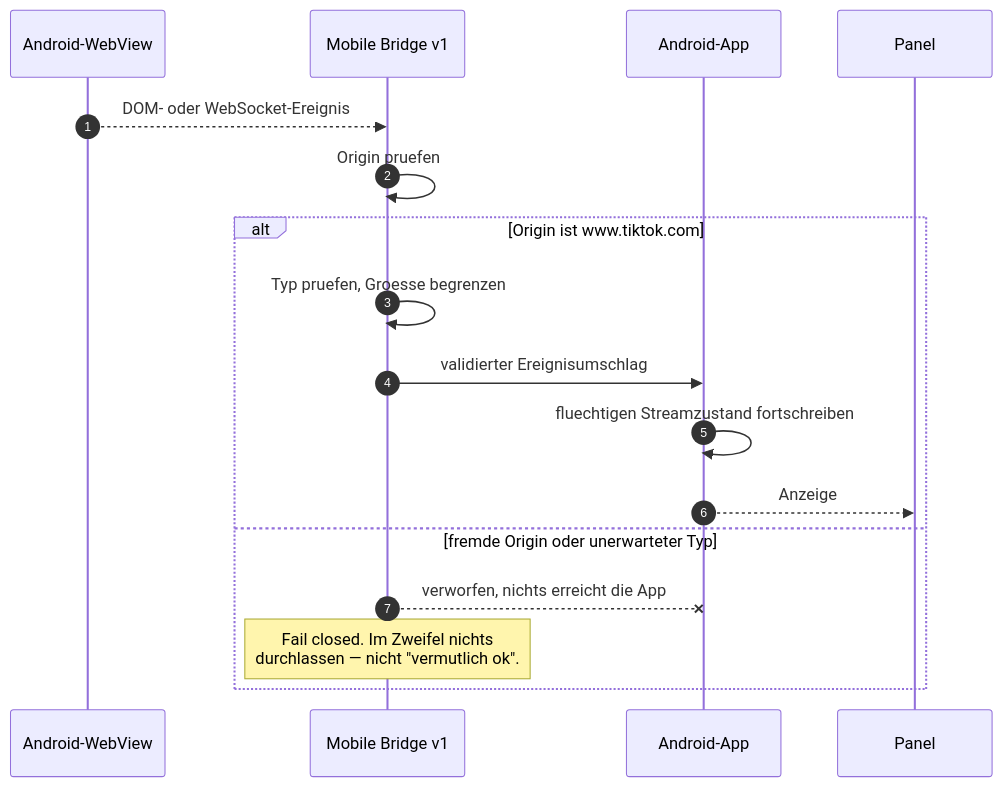
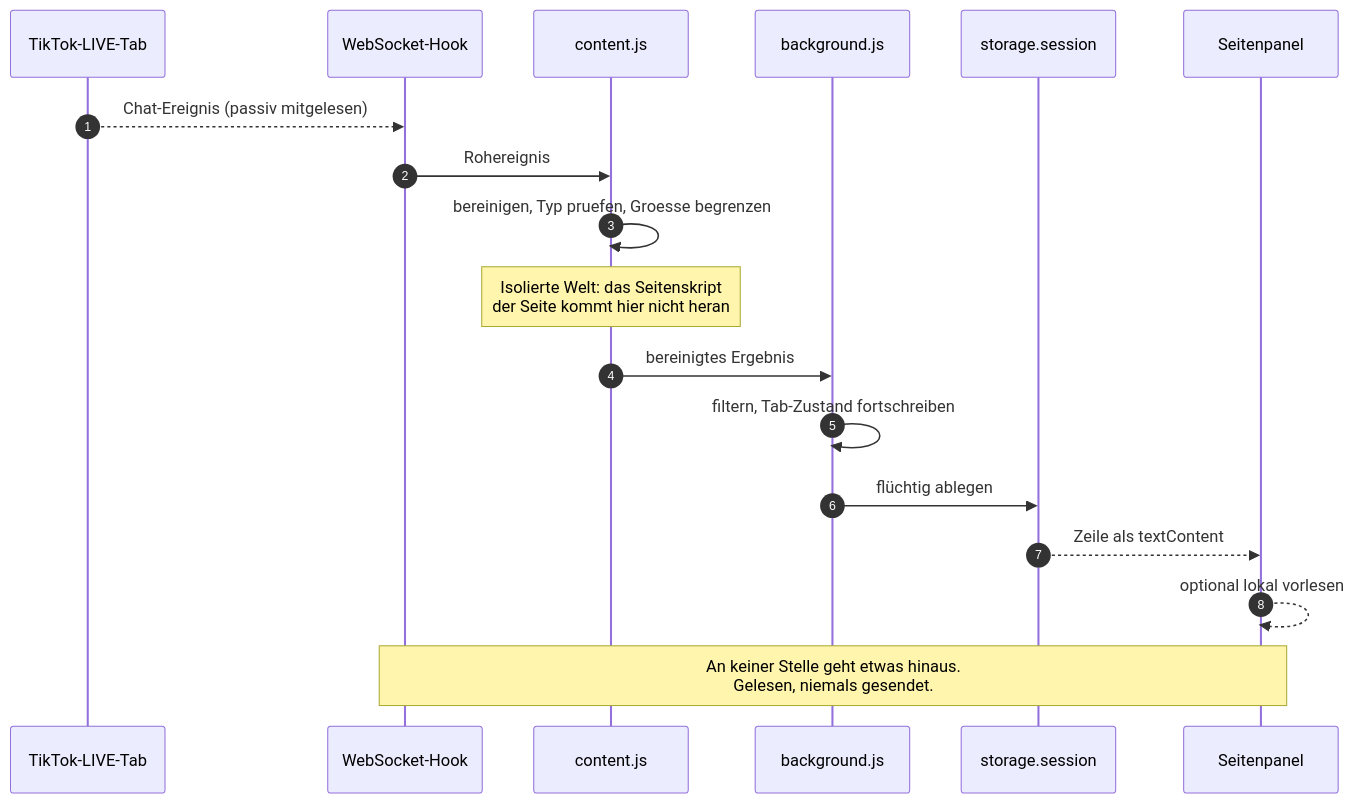
Before and after one commit to KikiKari/Projects: the second of 4 diagrams in README.md, drawn with Mermaid. The commit also changed other lines of this file and 105 other files, not shown here.

Commit message:
release(android): consolidate TikTok LIVE Companion 0.8.0 (0PE-96)

````diff
--- a/README.md
+++ b/README.md
@@ -104,20 +99,21 @@
 ```mermaid
 sequenceDiagram
     autonumber
-    participant W as Android-WebView
-    participant B as Mobile Bridge v1
-    participant A as Android-App
-    participant P as Panel
+    participant T as TikTok-LIVE-Tab
+    participant H as WebSocket-Hook
+    participant C as content.js
+    participant B as background.js
+    participant S as storage.session
+    participant P as Seitenpanel
 
-    W-->>B: DOM- oder WebSocket-Ereignis
-    B->>B: Origin pruefen
-    alt Origin ist www.tiktok.com
-        B->>B: Typ pruefen, Groesse begrenzen
-        B->>A: validierter Ereignisumschlag
-        A->>A: fluechtigen Streamzustand fortschreiben
-        A-->>P: Anzeige
-    else fremde Origin oder unerwarteter Typ
-        B--xA: verworfen, nichts erreicht die App
-        Note over B: Fail closed. Im Zweifel nichts<br/>durchlassen — nicht "vermutlich ok".
-    end
+    T-->>H: Chat-Ereignis (passiv mitgelesen)
+    H->>C: Rohereignis
+    C->>C: bereinigen, Typ pruefen, Groesse begrenzen
+    Note over C: Isolierte Welt: das Seitenskript<br/>der Seite kommt hier nicht heran
+    C->>B: bereinigtes Ergebnis
+    B->>B: filtern, Tab-Zustand fortschreiben
+    B->>S: flüchtig ablegen
+    S-->>P: Zeile als textContent
+    P-->>P: optional lokal vorlesen
+    Note over H,P: An keiner Stelle geht etwas hinaus.<br/>Gelesen, niemals gesendet.
 ```
````
